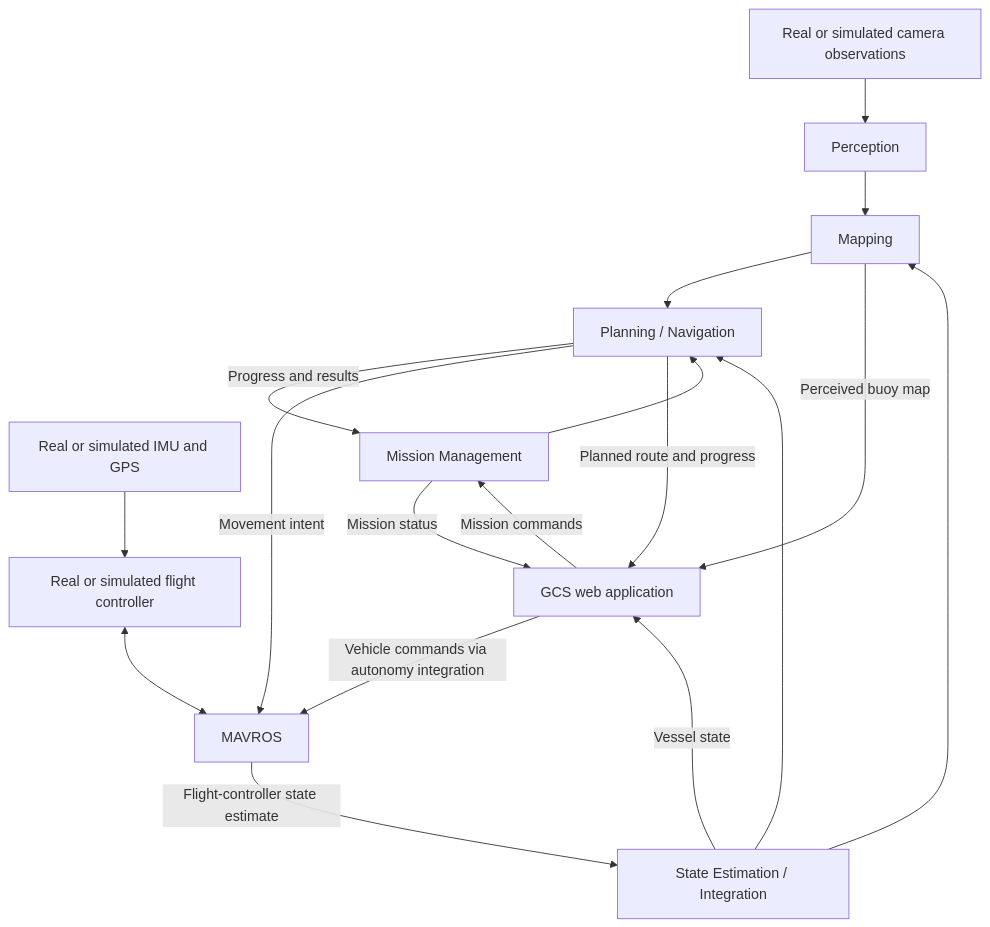
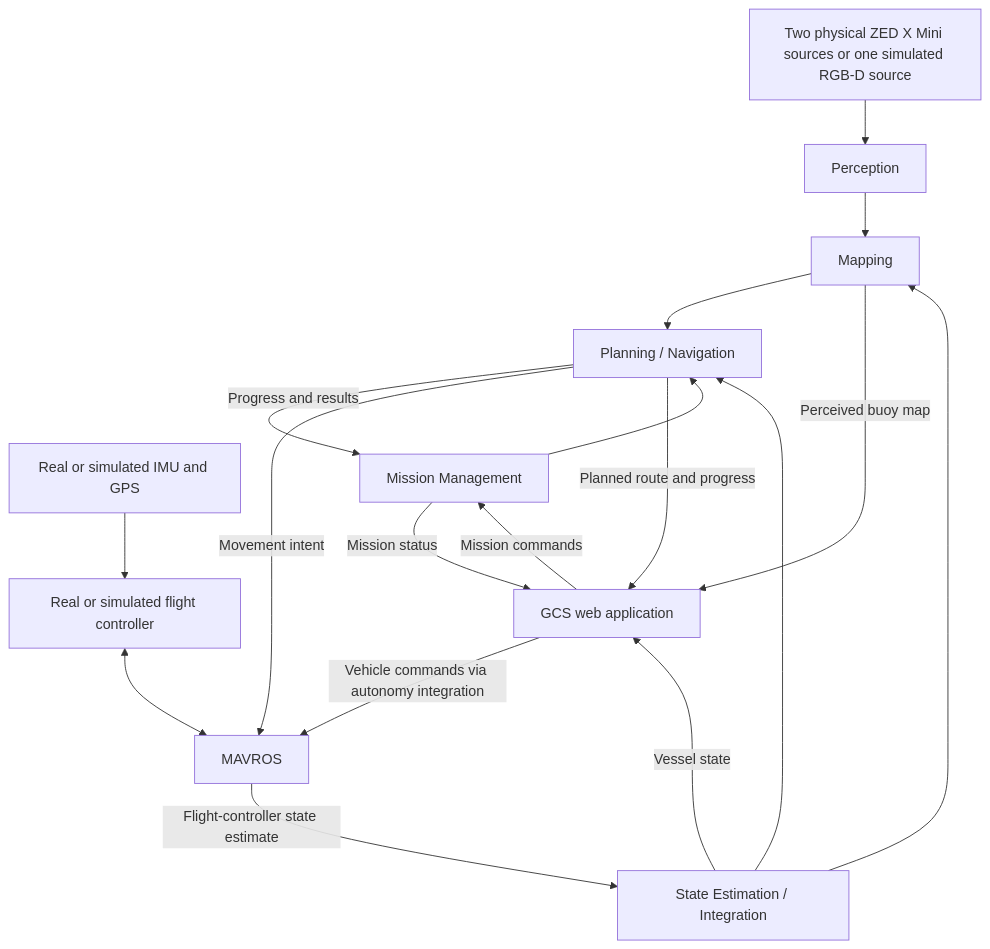
The diagram in docs/High_Level_Design.md (Purdue-NDS-RND/Maritime_2027), drawn with Mermaid before and after one commit. The commit also changed other lines of this file and 3 other files, not shown here.

````diff
--- a/docs/High_Level_Design.md
+++ b/docs/High_Level_Design.md
@@ -106,20 +133,20 @@
 ```mermaid
 flowchart TD
-    Sensors[Real or simulated camera observations] --> Perception
+    Sensors[Two physical ZED X Mini sources or one simulated RGB-D source] --> Perception
     InertialGPS[Real or simulated IMU and GPS] --> Vehicle[Real or simulated flight controller]
     Vehicle <--> MAVROS
     MAVROS -->|Flight-controller state estimate| State[State Estimation / Integration]
     Perception --> Mapping
     State --> Mapping
     Mapping --> Navigation[Planning / Navigation]
     State --> Navigation
     Mission[Mission Management] --> Navigation
     Navigation -->|Progress and results| Mission
     Navigation -->|Movement intent| MAVROS
     GCS[GCS web application] -->|Mission commands| Mission
     GCS -->|Vehicle commands via autonomy integration| MAVROS
     Mission -->|Mission status| GCS
     Mapping -->|Perceived buoy map| GCS
     State -->|Vessel state| GCS
     Navigation -->|Planned route and progress| GCS
 ```
````
